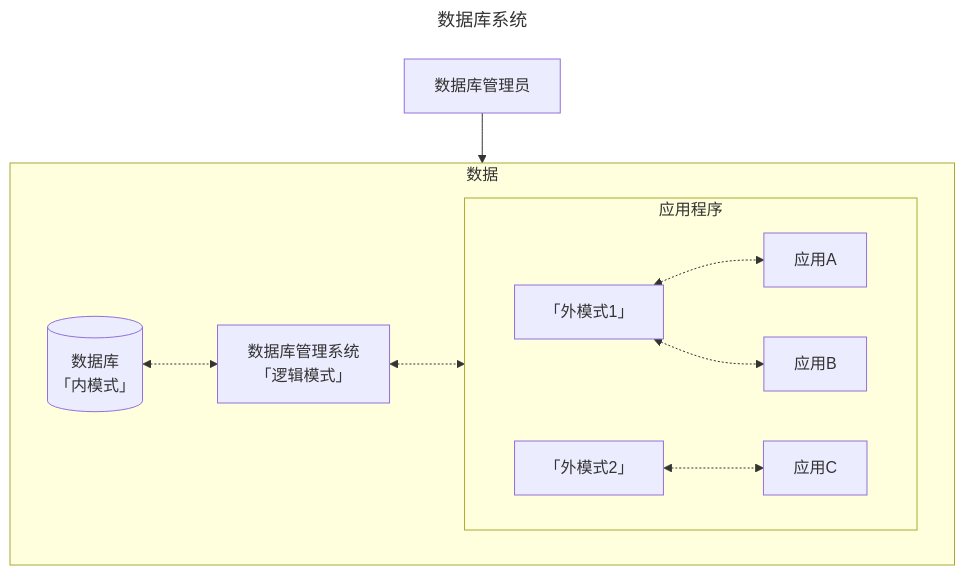
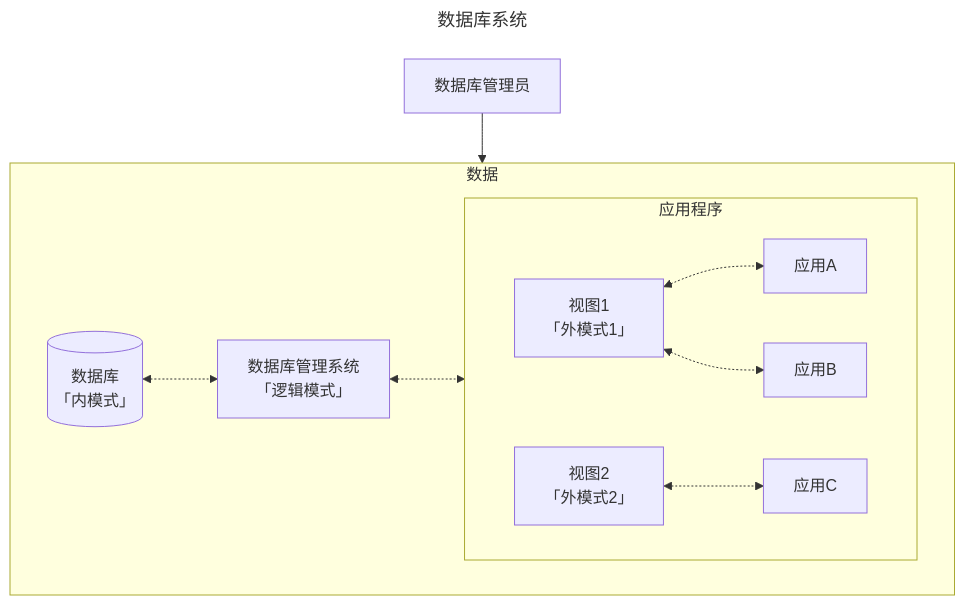
The diagram in source/_posts/GPA/5th-term/DataBase.md (Explorer-Dong/explorer-dong.github.io), drawn with Mermaid before and after one commit. The commit also changed other lines of this file, not shown here.

````diff
--- a/source/_posts/GPA/5th-term/DataBase.md
+++ b/source/_posts/GPA/5th-term/DataBase.md
@@ -52,22 +50,22 @@
 ```mermaid
 ---
 title: 数据库系统
 ---
 graph TB
     DBM[数据库管理员]
     subgraph 数据
     DB[(数据库\n「内模式」)]
     DBMS[数据库管理系统\n「逻辑模式」]
     subgraph DBAP[应用程序]
     direction LR
-    out_model1[「外模式1」]
-    out_model2[「外模式2」]
+    out_model1[视图1\n「外模式1」]
+    out_model2[视图2\n「外模式2」]
     out_model1 <-.-> 应用A
     out_model1 <-.-> 应用B
     out_model2 <-.-> 应用C
     end
     end
     DBM --> 数据
     DB <-.-> DBMS
     DBMS <-.-> DBAP
 ```
````
